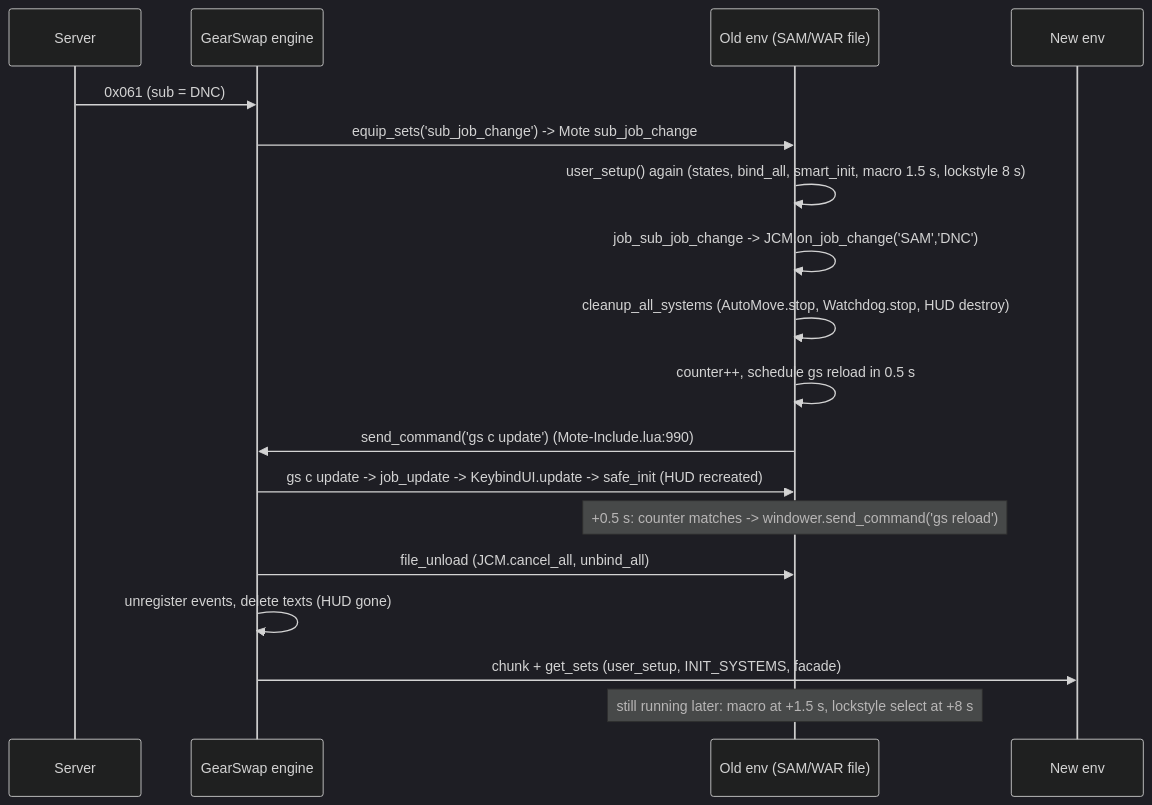
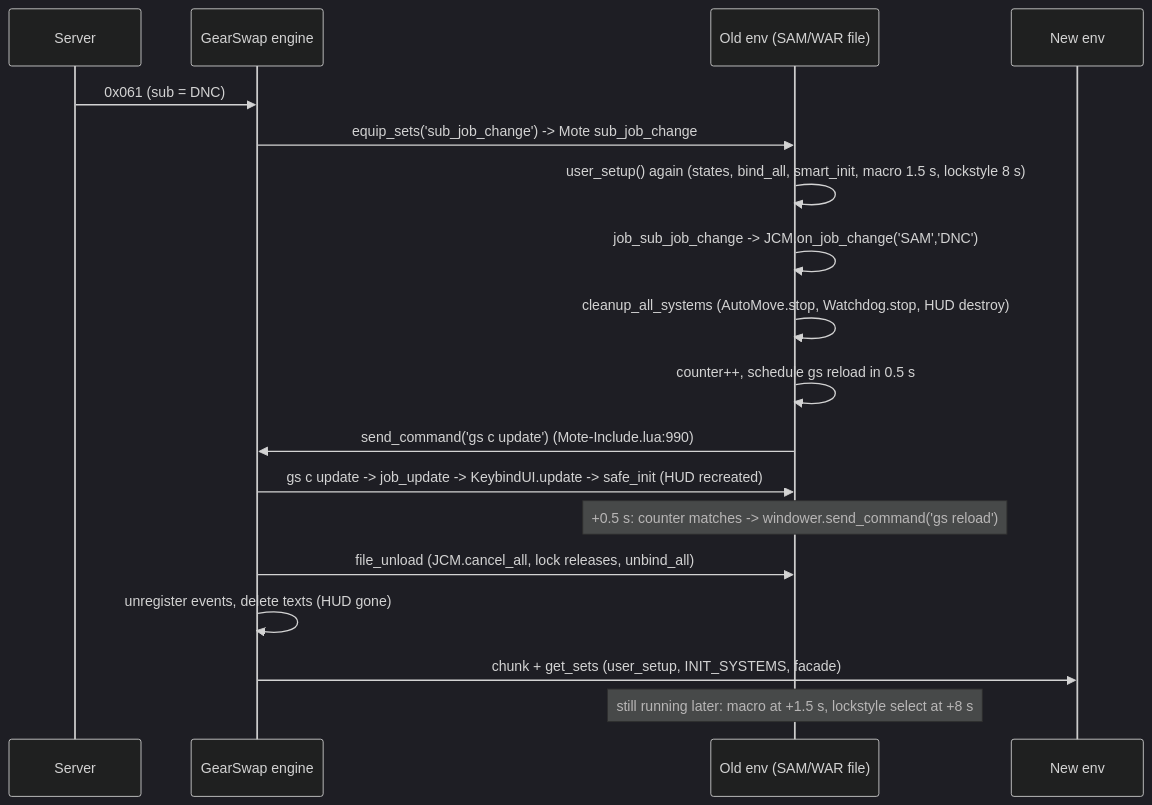
The second of 2 diagrams in docs/dev/architecture/job-change-lifecycle.md (ejouanchicot/Gearswap), drawn with Mermaid (dark theme) before and after one commit. The commit also changed other lines of this file and 81 other files, not shown here.

````diff
--- a/docs/dev/architecture/job-change-lifecycle.md
+++ b/docs/dev/architecture/job-change-lifecycle.md
@@ -153,20 +159,20 @@
 ```mermaid
 sequenceDiagram
     participant S as Server
     participant E as GearSwap engine
     participant A as Old env (SAM/WAR file)
     participant B as New env
     S->>E: 0x061 (sub = DNC)
     E->>A: equip_sets('sub_job_change') -> Mote sub_job_change
     A->>A: user_setup() again (states, bind_all, smart_init, macro 1.5 s, lockstyle 8 s)
     A->>A: job_sub_job_change -> JCM.on_job_change('SAM','DNC')
     A->>A: cleanup_all_systems (AutoMove.stop, Watchdog.stop, HUD destroy)
     A->>A: counter++, schedule gs reload in 0.5 s
     A->>E: send_command('gs c update') (Mote-Include.lua:990)
     E->>A: gs c update -> job_update -> KeybindUI.update -> safe_init (HUD recreated)
     Note over A: +0.5 s: counter matches -> windower.send_command('gs reload')
-    E->>A: file_unload (JCM.cancel_all, unbind_all)
+    E->>A: file_unload (JCM.cancel_all, lock releases, unbind_all)
     E->>E: unregister events, delete texts (HUD gone)
     E->>B: chunk + get_sets (user_setup, INIT_SYSTEMS, facade)
     Note over A: still running later: macro at +1.5 s, lockstyle select at +8 s
 ```
````
